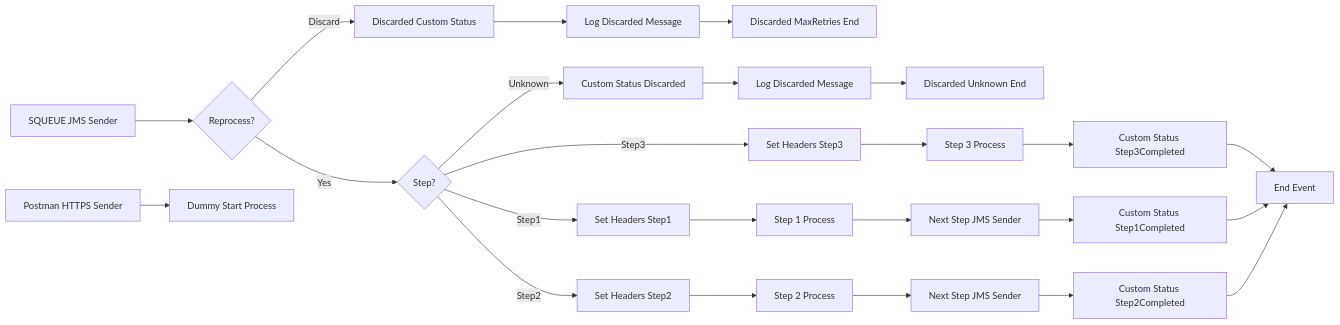
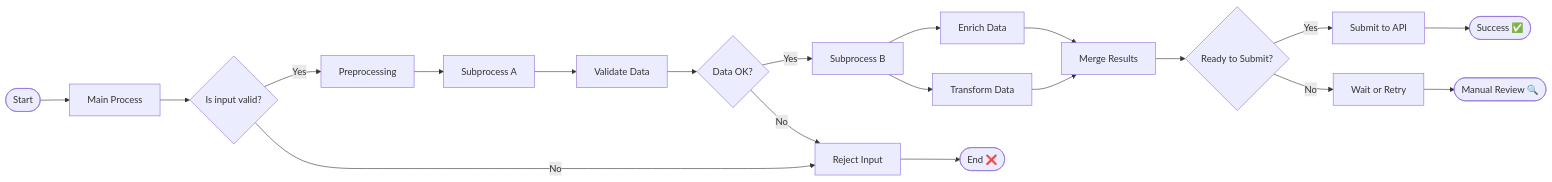
One commit to Avvale-IA-CICD/AvvaleCPI changed the diagram in MMZ - Templates/SEDA_Model_-_Single_Queue_-_Restart_and_Discard-1.0.0/readme.md. Above: the diagram before and after it, drawn with Mermaid.

````diff
--- a/MMZ - Templates/SEDA_Model_-_Single_Queue_-_Restart_and_Discard-1.0.0/readme.md
+++ b/MMZ - Templates/SEDA_Model_-_Single_Queue_-_Restart_and_Discard-1.0.0/readme.md
@@ -4,27 +4,28 @@
 ```mermaid
 graph LR
-    A[SQUEUE JMS Sender] --> B{Reprocess?}
-    B -- Yes --> C{Step?}
-    B -- Discard --> D[Discarded Custom Status]
-    D --> E[Log Discarded Message]
-    E --> F[Discarded MaxRetries End]
-    C -- Step1 --> G[Set Headers Step1]
-    C -- Step2 --> H[Set Headers Step2]
-    C -- Step3 --> I[Set Headers Step3]
-    C -- Unknown --> J[Custom Status Discarded]
-    J --> K[Log Discarded Message]
-    K --> L[Discarded Unknown End]
-    G --> M[Step 1 Process]
-    H --> N[Step 2 Process]
-    I --> O[Step 3 Process]
-    M --> P[Next Step JMS Sender]
-    N --> Q[Next Step JMS Sender]
-    O --> R[Custom Status Step3Completed]
-    R --> S[End Event]
-    P --> T[Custom Status Step1Completed]
-    T --> S
-    Q --> U[Custom Status Step2Completed]
-    U --> S
-    W[Postman HTTPS Sender] --> X[Dummy Start Process]
+    Start([Start]) --> A[Main Process]
+
+    A --> B1{Is input valid?}
+    B1 -- Yes --> C[Preprocessing]
+    B1 -- No --> Z[Reject Input]
+
+    C --> D1[Subprocess A]
+    D1 --> D2[Validate Data]
+    D2 --> D3{Data OK?}
+    D3 -- No --> Z
+    D3 -- Yes --> E[Subprocess B]
+
+    E --> F1[Transform Data]
+    E --> F2[Enrich Data]
+    F1 --> G[Merge Results]
+    F2 --> G
+
+    G --> H{Ready to Submit?}
+    H -- Yes --> I[Submit to API]
+    H -- No --> J[Wait or Retry]
+
+    I --> K([Success ✅])
+    J --> L([Manual Review 🔍])
+    Z --> X([End ❌])
 
 ```
````
